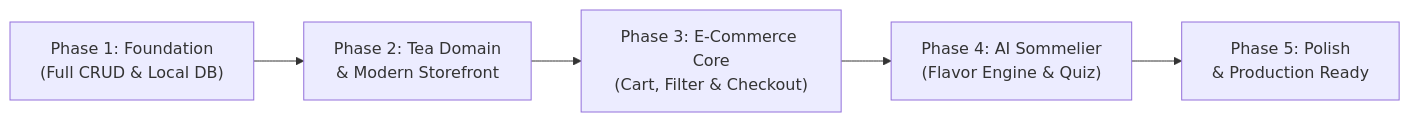
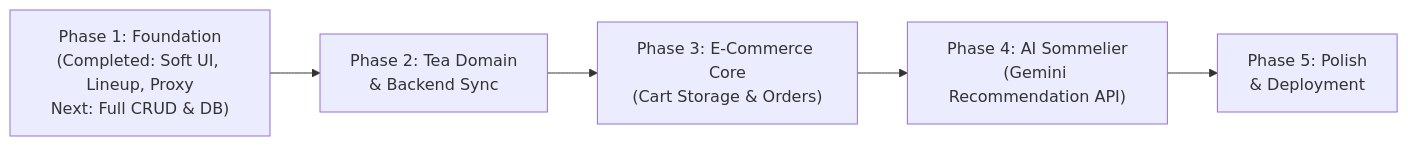
One commit to Alicia-Kate-Bactasa/Lumen changed the third of 3 diagrams in ProjectPlan.md. Above: the diagram before and after it, drawn with Mermaid. The commit also changed other lines of this file, not shown here.

````diff
--- a/ProjectPlan.md
+++ b/ProjectPlan.md
@@ -278,7 +252,7 @@
 ```mermaid
 flowchart LR
-    P1["Phase 1: Foundation\n(Full CRUD & Local DB)"] --> P2["Phase 2: Tea Domain\n& Modern Storefront"]
-    P2 --> P3["Phase 3: E-Commerce Core\n(Cart, Filter & Checkout)"]
-    P3 --> P4["Phase 4: AI Sommelier\n(Flavor Engine & Quiz)"]
-    P4 --> P5["Phase 5: Polish\n& Production Ready"]
+    P1["Phase 1: Foundation\n(Completed: Soft UI, Lineup, Proxy\nNext: Full CRUD & DB)"] --> P2["Phase 2: Tea Domain\n& Backend Sync"]
+    P2 --> P3["Phase 3: E-Commerce Core\n(Cart Storage & Orders)"]
+    P3 --> P4["Phase 4: AI Sommelier\n(Gemini Recommendation API)"]
+    P4 --> P5["Phase 5: Polish\n& Deployment"]
 ```
````
